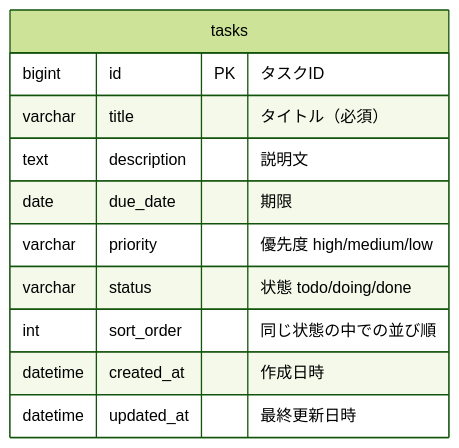
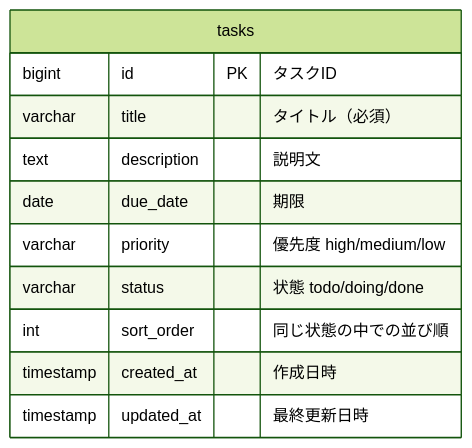
Before and after one commit to itsuiko/TaskManagement: the second of 2 diagrams in docs/data-design.md, drawn with Mermaid (forest theme). The commit also changed other lines of this file and 7 other files, not shown here.

````diff
--- a/docs/data-design.md
+++ b/docs/data-design.md
@@ -30,14 +30,14 @@
 ```mermaid
 erDiagram
     tasks {
         bigint id PK "タスクID"
         varchar title "タイトル（必須）"
         text description "説明文"
         date due_date "期限"
         varchar priority "優先度 high/medium/low"
         varchar status "状態 todo/doing/done"
         int sort_order "同じ状態の中での並び順"
-        datetime created_at "作成日時"
-        datetime updated_at "最終更新日時"
+        timestamp created_at "作成日時"
+        timestamp updated_at "最終更新日時"
     }
 ```
````
